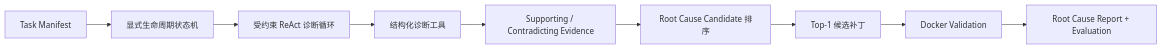
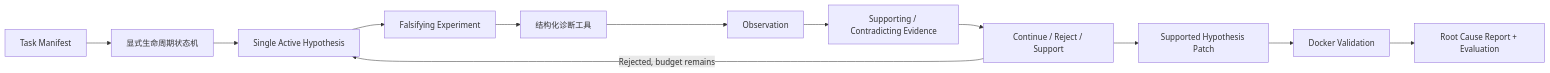
Before and after one commit to N1rv2na/CodeRCA-agent: the diagram in README.md, drawn with Mermaid. The commit also changed other lines of this file and 30 other files, not shown here.

Commit message:
refactor: adopt single active hypothesis diagnosis

````diff
--- a/README.md
+++ b/README.md
@@ -9,11 +9,14 @@
 ```mermaid
 flowchart LR
     Task[Task Manifest] --> State[显式生命周期状态机]
-    State --> Loop[受约束 ReAct 诊断循环]
-    Loop --> Tools[结构化诊断工具]
-    Tools --> Evidence[Supporting / Contradicting Evidence]
-    Evidence --> Rank[Root Cause Candidate 排序]
-    Rank --> Patch[Top-1 候选补丁]
+    State --> H[Single Active Hypothesis]
+    H --> Experiment[Falsifying Experiment]
+    Experiment --> Tools[结构化诊断工具]
+    Tools --> Observation[Observation]
+    Observation --> Evidence[Supporting / Contradicting Evidence]
+    Evidence --> Evaluate[Continue / Reject / Support]
+    Evaluate -->|Rejected, budget remains| H
+    Evaluate --> Patch[Supported Hypothesis Patch]
     Patch --> Validation[Docker Validation]
     Validation --> Report[Root Cause Report + Evaluation]
 ```
````
